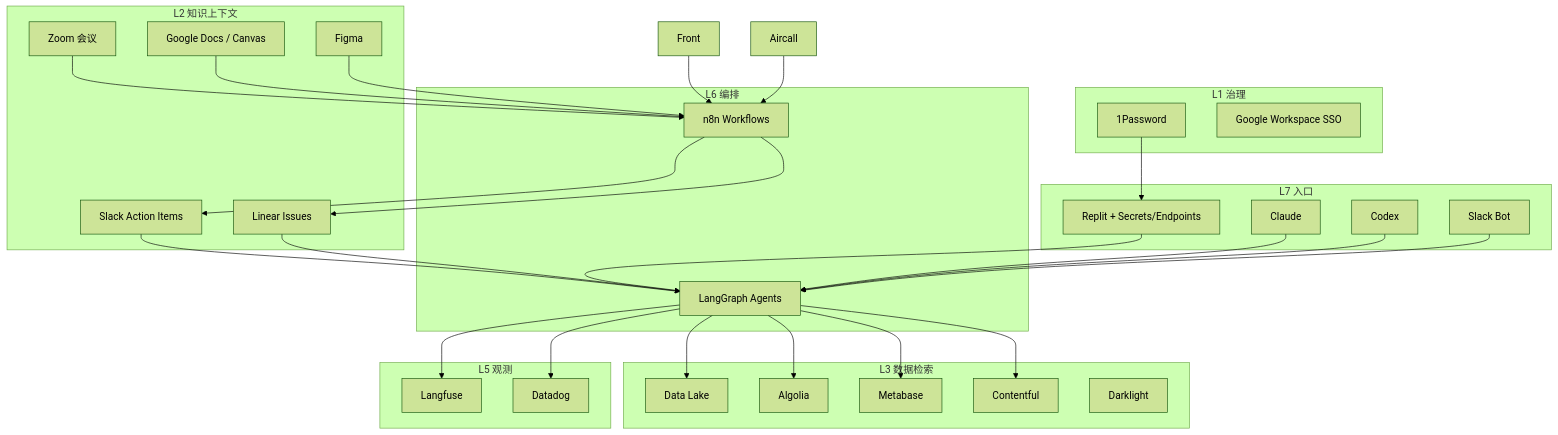
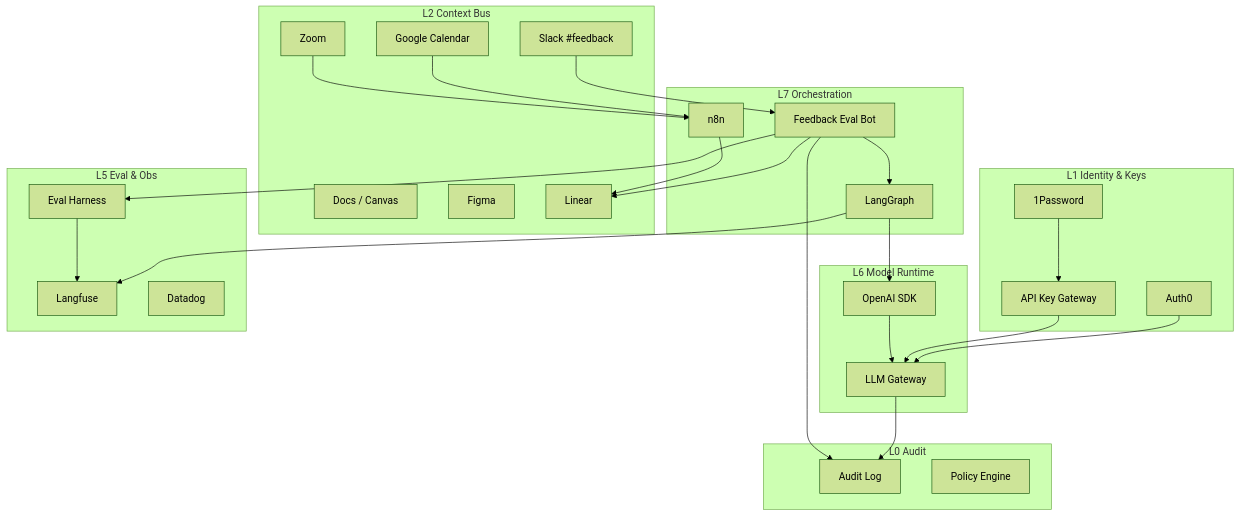
Before and after one commit to lifecontinue/gaoyuan-ai: the diagram in ai-native-org/AI-NATIVE-INFRA.md, drawn with Mermaid (forest theme). The commit also changed other lines of this file and 4 other files, not shown here.

````diff
--- a/ai-native-org/AI-NATIVE-INFRA.md
+++ b/ai-native-org/AI-NATIVE-INFRA.md
@@ -54,61 +68,56 @@
 ```mermaid
 flowchart TB
-  subgraph L1["L1 治理"]
-    OP[1Password]
-    SSO[Google Workspace SSO]
+  subgraph L0["L0 Audit"]
+    AU[Audit Log]
+    POL[Policy Engine]
   end
 
-  subgraph L2["L2 知识上下文"]
-    Z[Zoom 会议]
-    GD[Google Docs / Canvas]
-    FG[Figma]
-    SL[Slack Action Items]
-    LN[Linear Issues]
+  subgraph L1["L1 Identity & Keys"]
+    A0[Auth0]
+    OP[1Password]
+    KG[API Key Gateway]
   end
 
-  subgraph L3["L3 数据检索"]
-    DL[Data Lake]
-    AG[Algolia]
-    MB[Metabase]
-    CF[Contentful]
-    DK[Darklight]
+  subgraph L2["L2 Context Bus"]
+    Z[Zoom]
+    CAL[Google Calendar]
+    GD[Docs / Canvas]
+    FG[Figma]
+    SLFB["Slack #feedback"]
+    LN[Linear]
   end
 
-  subgraph L6["L6 编排"]
-    LG[LangGraph Agents]
-    N8[n8n Workflows]
+  subgraph L6["L6 Model Runtime"]
+    GW[LLM Gateway]
+    OAI[OpenAI SDK]
   end
 
-  subgraph L5["L5 观测"]
+  subgraph L7["L7 Orchestration"]
+    N8[n8n]
+    LG[LangGraph]
+    BOT[Feedback Eval Bot]
+  end
+
+  subgraph L5["L5 Eval & Obs"]
     LF[Langfuse]
+    EH[Eval Harness]
     DD[Datadog]
   end
 
-  subgraph L7["L7 入口"]
-    CL[Claude]
-    CX[Codex]
-    RP[Replit + Secrets/Endpoints]
-    SB[Slack Bot]
-  end
-
+  A0 --> GW
+  OP --> KG
+  KG --> GW
+  SLFB --> BOT
+  BOT --> EH
+  BOT --> LN
+  CAL --> N8
   Z --> N8
-  GD --> N8
-  FG --> N8
-  N8 --> SL
   N8 --> LN
-  SL --> LG
-  LN --> LG
-  OP --> RP
-  RP --> LG
-  LG --> MB
-  LG --> AG
-  LG --> DL
-  LG --> CF
+  BOT --> LG
+  LG --> OAI
+  OAI --> GW
   LG --> LF
-  LG --> DD
-  CL --> LG
-  CX --> LG
-  SB --> LG
-  Front[Front] --> N8
-  AC[Aircall] --> N8
+  EH --> LF
+  GW --> AU
+  BOT --> AU
 ```
````
